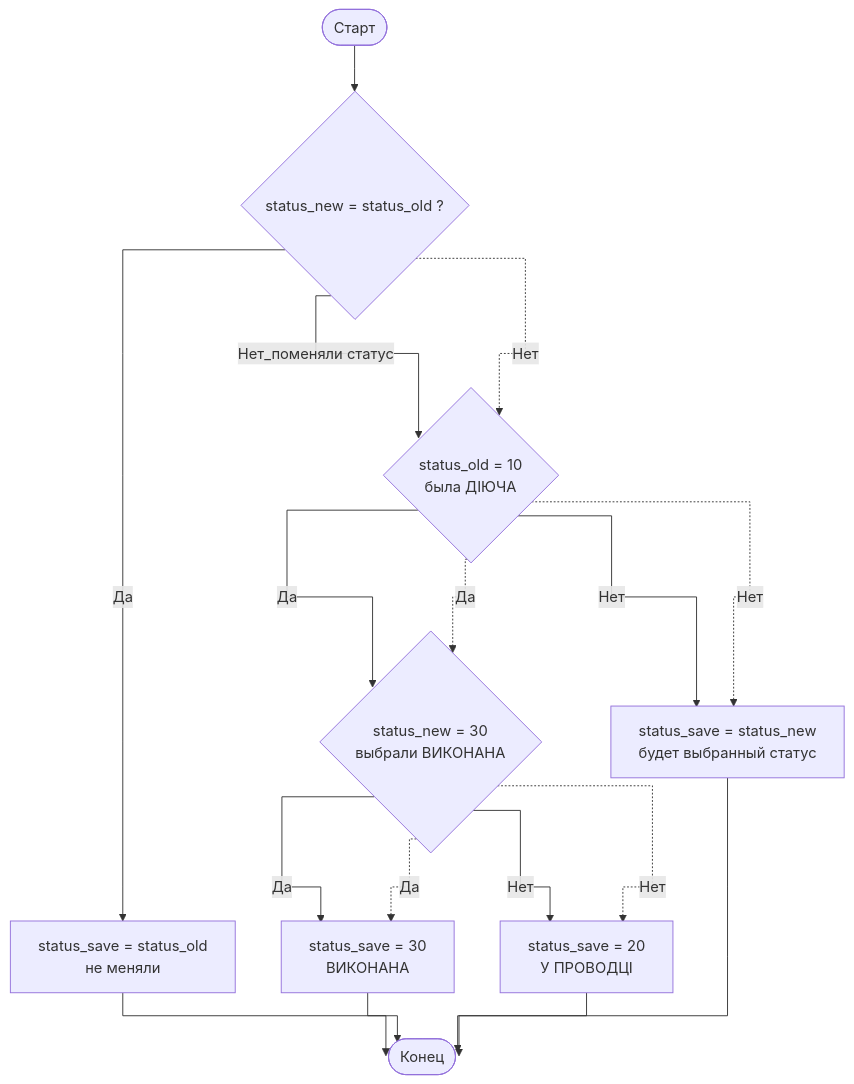
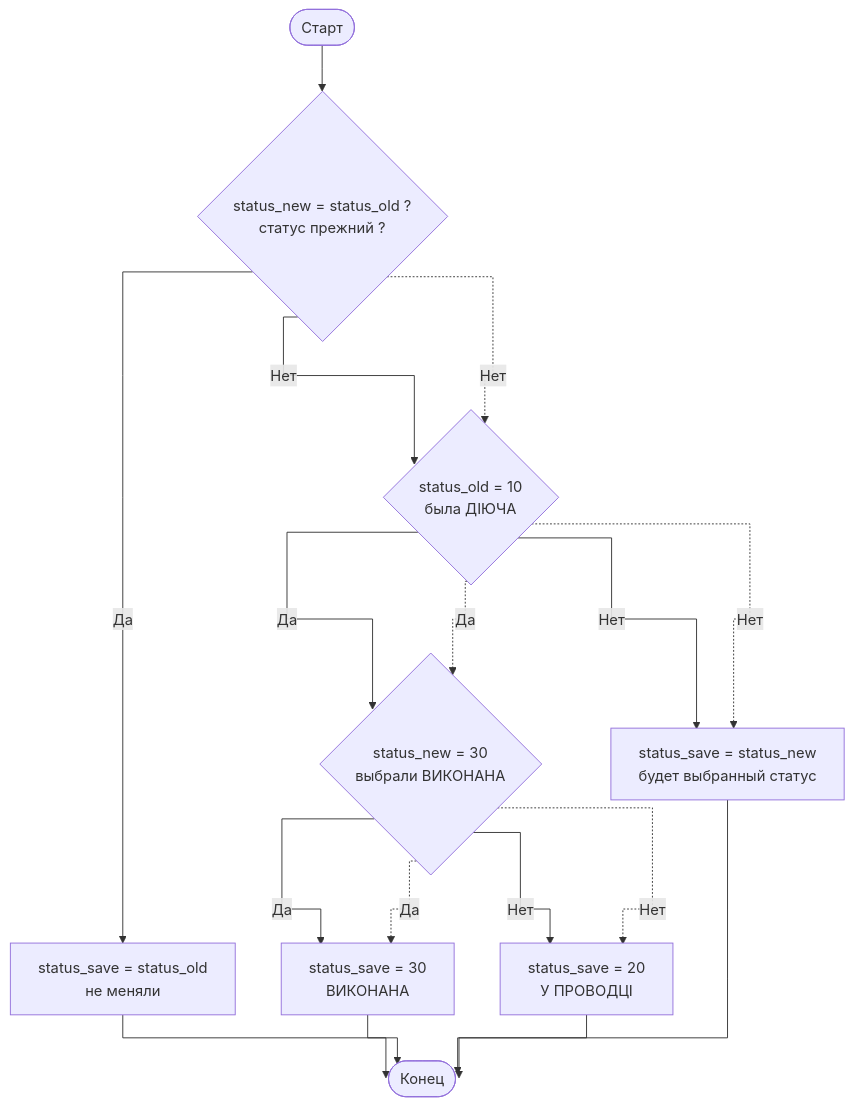
One commit to vvxsoni/Danube_help changed the diagram in docs/ilk_001_main.md. Above: the diagram before and after it, drawn with Mermaid.

Commit message:
поменяли статус

````diff
--- a/docs/ilk_001_main.md
+++ b/docs/ilk_001_main.md
@@ -75,17 +75,17 @@
 ```mermaid 
 %%{init: {'flowchart': {'htmlLabels': true, 'curve': 'stepAfter'}}}%%
 flowchart TB
-  A([Старт]) --> B{status_new = status_old ?}
+  A([Старт]) --> B{status_new = status_old ?<br/>статус прежний ?}
   B -- Да --> C[status_save = status_old<br/>не меняли] --> Z([Конец])
-  B -- Нет_поменяли статус --> D{status_old = 10<br/>была ДІЮЧА}
+  B -- Нет --> D{status_old = 10<br/>была ДІЮЧА}
   D -- Да --> E{status_new = 30<br/>выбрали ВИКОНАНА}
   E -- Да --> F[status_save = 30<br/>ВИКОНАНА] --> Z
   E -- Нет --> G[status_save = 20<br/>У ПРОВОДЦІ] --> Z
   D -- Нет --> H[status_save = status_new<br/>будет выбранный статус] --> Z
 %% Чтобы стрелки выглядели как из углов ромба
   B -.->|Нет| D
   D -.->|Нет| H
   D -.->|Да| E
   E -.->|Нет| G
   E -.->|Да| F
 ```
````
